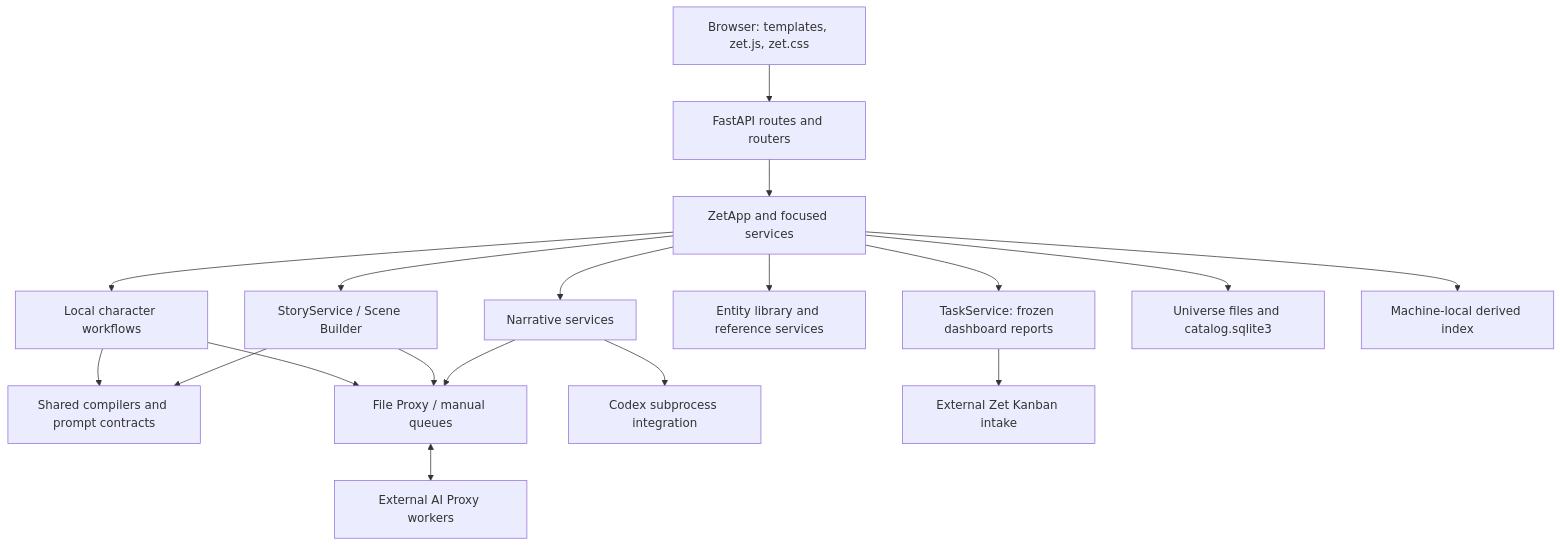
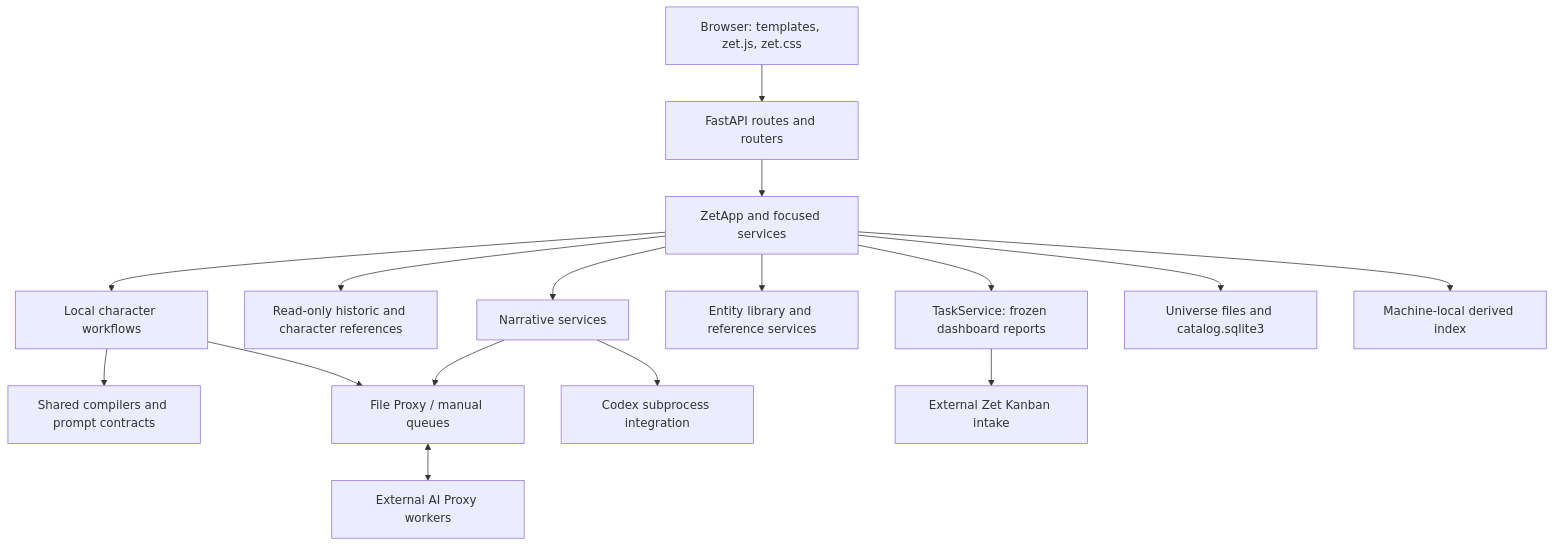
The diagram in Docs/ARCHITECTURE.md (Joebok/Zet), drawn with Mermaid before and after one commit. The commit also changed other lines of this file and 128 other files, not shown here.

````diff
--- a/Docs/ARCHITECTURE.md
+++ b/Docs/ARCHITECTURE.md
@@ -7,20 +7,18 @@
 ```mermaid
 flowchart TD
     Browser[Browser: templates, zet.js, zet.css] --> Web[FastAPI routes and routers]
     Web --> App[ZetApp and focused services]
     App --> Characters[Local character workflows]
-    App --> Scenes[StoryService / Scene Builder]
+    App --> LegacyRefs[Read-only historic and character references]
     App --> Narrative[Narrative services]
     App --> Library[Entity library and reference services]
     Characters --> Prompts[Shared compilers and prompt contracts]
-    Scenes --> Prompts
     Characters --> Queue[File Proxy / manual queues]
-    Scenes --> Queue
     Narrative --> Queue
     Narrative --> Codex[Codex subprocess integration]
     App --> Tasks[TaskService: frozen dashboard reports]
     Tasks --> Kanban[External Zet Kanban intake]
     Queue <--> Proxy[External AI Proxy workers]
     App --> Stores[Universe files and catalog.sqlite3]
     App --> Index[Machine-local derived index]
 ```
````
